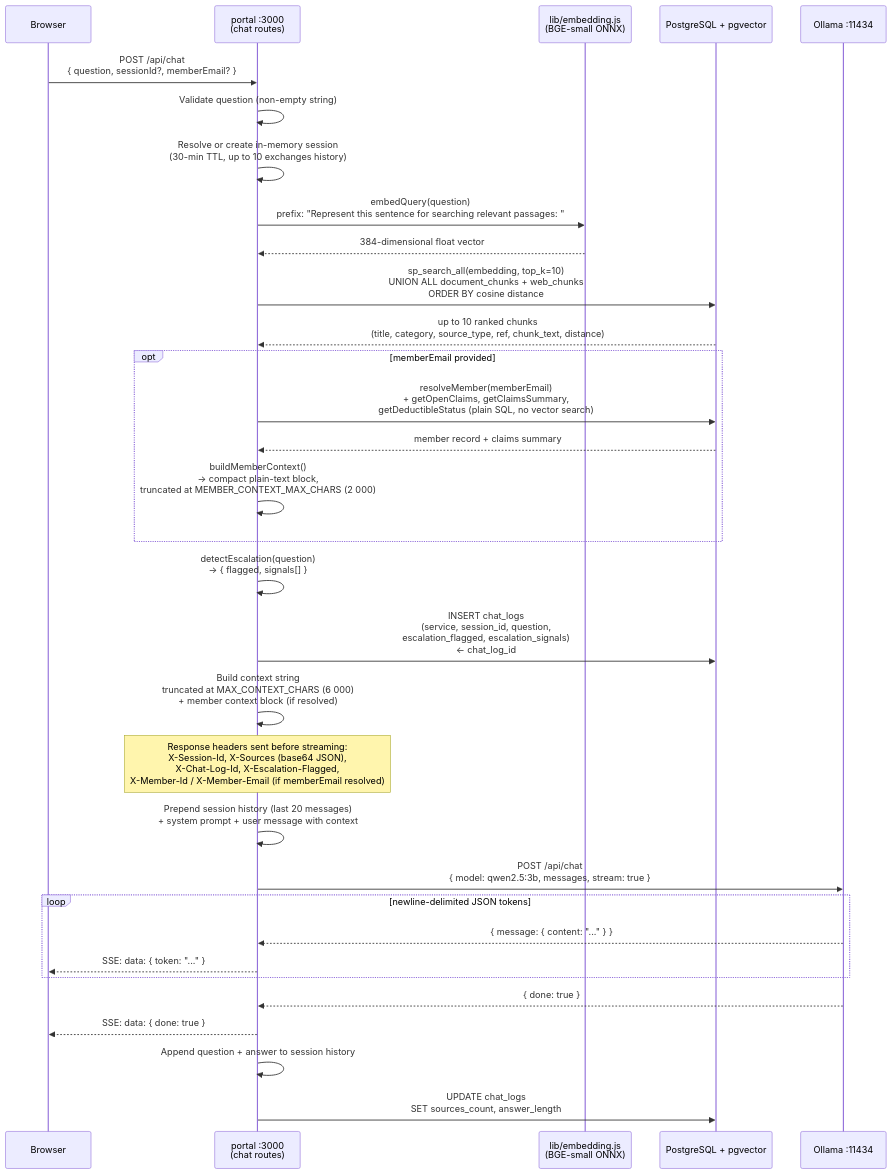
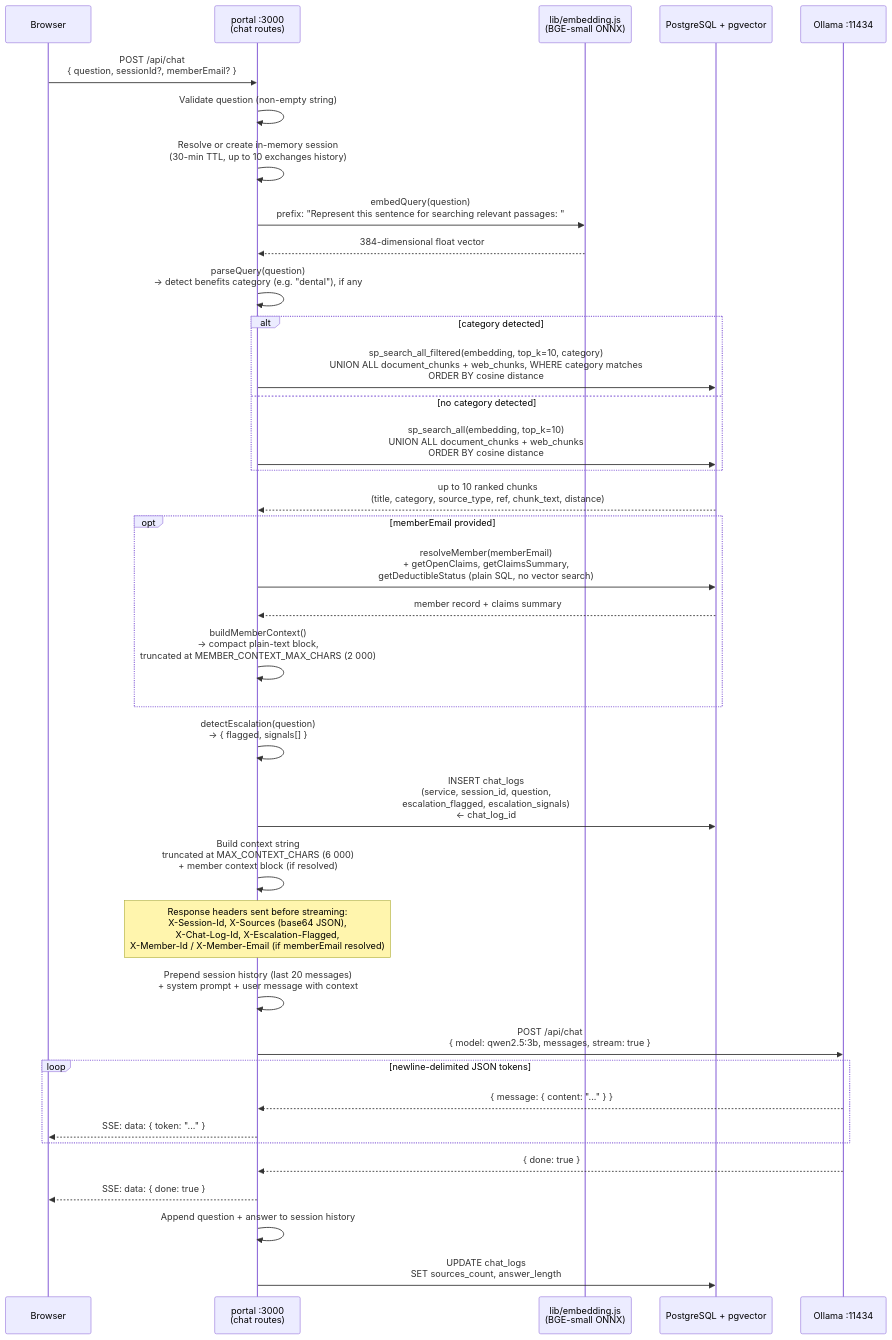
Before and after one commit to sjackshaw/document-search: the first of 5 diagrams in docs/diagrams/rag-chat-sequence.md, drawn with Mermaid. The commit also changed 6 other files, not shown here.

````diff
--- a/docs/diagrams/rag-chat-sequence.md
+++ b/docs/diagrams/rag-chat-sequence.md
@@ -9,48 +9,54 @@
 ```mermaid
 sequenceDiagram
     participant Browser
     participant Portal as portal :3000<br/>(chat routes)
     participant Embedding as lib/embedding.js<br/>(BGE-small ONNX)
     participant PG as PostgreSQL + pgvector
     participant Ollama as Ollama :11434
 
     Browser->>Portal: POST /api/chat<br/>{ question, sessionId?, memberEmail? }
 
     Portal->>Portal: Validate question (non-empty string)
     Portal->>Portal: Resolve or create in-memory session<br/>(30-min TTL, up to 10 exchanges history)
 
     Portal->>Embedding: embedQuery(question)<br/>prefix: "Represent this sentence for searching relevant passages: "
     Embedding-->>Portal: 384-dimensional float vector
 
-    Portal->>PG: sp_search_all(embedding, top_k=10)<br/>UNION ALL document_chunks + web_chunks<br/>ORDER BY cosine distance
+    Portal->>Portal: parseQuery(question)<br/>→ detect benefits category (e.g. "dental"), if any
+
+    alt category detected
+        Portal->>PG: sp_search_all_filtered(embedding, top_k=10, category)<br/>UNION ALL document_chunks + web_chunks, WHERE category matches<br/>ORDER BY cosine distance
+    else no category detected
+        Portal->>PG: sp_search_all(embedding, top_k=10)<br/>UNION ALL document_chunks + web_chunks<br/>ORDER BY cosine distance
+    end
     PG-->>Portal: up to 10 ranked chunks<br/>(title, category, source_type, ref, chunk_text, distance)
 
     opt memberEmail provided
         Portal->>PG: resolveMember(memberEmail)<br/>+ getOpenClaims, getClaimsSummary,<br/>getDeductibleStatus (plain SQL, no vector search)
         PG-->>Portal: member record + claims summary
         Portal->>Portal: buildMemberContext()<br/>→ compact plain-text block,<br/>truncated at MEMBER_CONTEXT_MAX_CHARS (2 000)
     end
 
     Portal->>Portal: detectEscalation(question)<br/>→ { flagged, signals[] }
 
     Portal->>PG: INSERT chat_logs<br/>(service, session_id, question,<br/>escalation_flagged, escalation_signals)<br/>← chat_log_id
 
     Portal->>Portal: Build context string<br/>truncated at MAX_CONTEXT_CHARS (6 000)<br/>+ member context block (if resolved)
 
     Note over Portal: Response headers sent before streaming:<br/>X-Session-Id, X-Sources (base64 JSON),<br/>X-Chat-Log-Id, X-Escalation-Flagged,<br/>X-Member-Id / X-Member-Email (if memberEmail resolved)
 
     Portal->>Portal: Prepend session history (last 20 messages)<br/>+ system prompt + user message with context
 
     Portal->>Ollama: POST /api/chat<br/>{ model: qwen2.5:3b, messages, stream: true }
 
     loop newline-delimited JSON tokens
         Ollama-->>Portal: { message: { content: "..." } }
         Portal-->>Browser: SSE: data: { token: "..." }
     end
 
     Ollama-->>Portal: { done: true }
     Portal-->>Browser: SSE: data: { done: true }
 
     Portal->>Portal: Append question + answer to session history
     Portal->>PG: UPDATE chat_logs<br/>SET sources_count, answer_length
 ```
````
